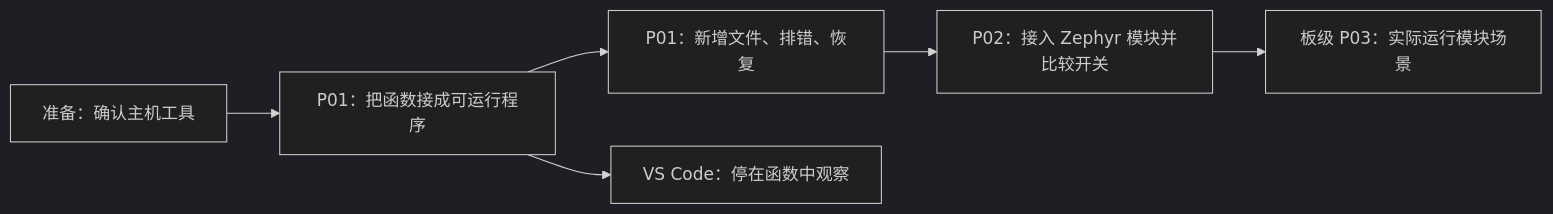
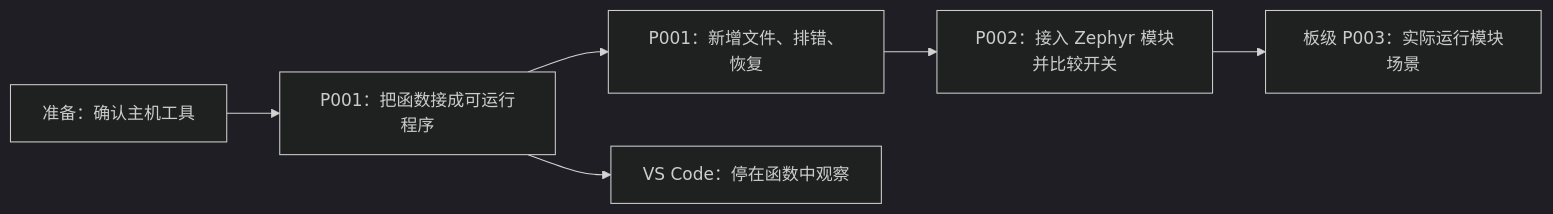
One commit to FormingSystem/zephyr_hc32f4a0 changed the diagram in learning/cmake/大纲.md. Above: the diagram before and after it, drawn with Mermaid (dark theme). The commit also changed other lines of this file and 17 other files, not shown here.

````diff
--- a/learning/cmake/大纲.md
+++ b/learning/cmake/大纲.md
@@ -16,8 +16,8 @@
 ```mermaid
 flowchart LR
-    A["准备：确认主机工具"] --> B["P01：把函数接成可运行程序"]
-    B --> C["P01：新增文件、排错、恢复"]
-    C --> D["P02：接入 Zephyr 模块并比较开关"]
+    A["准备：确认主机工具"] --> B["P001：把函数接成可运行程序"]
+    B --> C["P001：新增文件、排错、恢复"]
+    C --> D["P002：接入 Zephyr 模块并比较开关"]
     B --> E["VS Code：停在函数中观察"]
-    D --> F["板级 P03：实际运行模块场景"]
+    D --> F["板级 P003：实际运行模块场景"]
 ```
````
